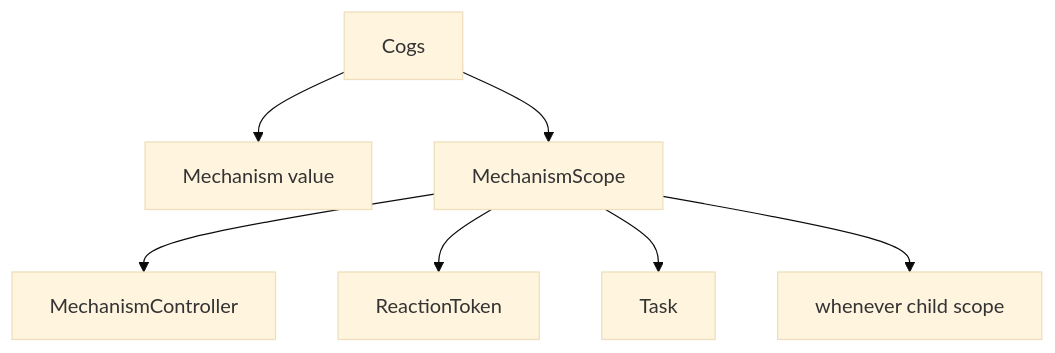
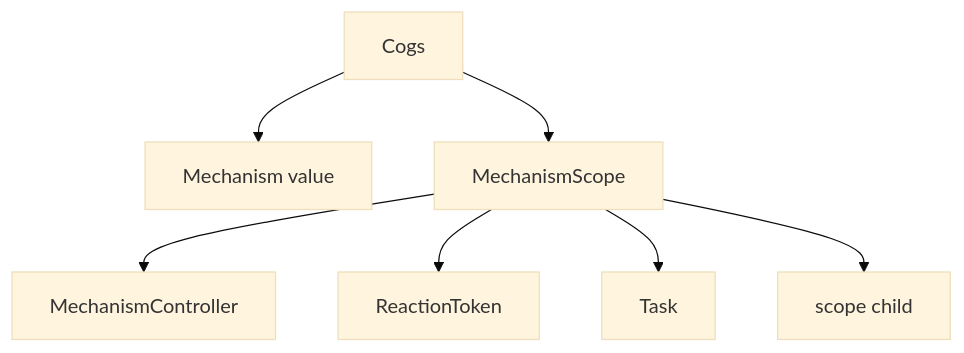
The fourth of 4 diagrams in docs/swift/impl/architecture/boundaries-and-effects.md (skeswa/cog), drawn with Mermaid (base theme) before and after one commit. The commit also changed other lines of this file and 59 other files, not shown here.

````diff
--- a/docs/swift/impl/architecture/boundaries-and-effects.md
+++ b/docs/swift/impl/architecture/boundaries-and-effects.md
@@ -200,16 +200,16 @@
 ```mermaid
 flowchart TB
   cogs[Cogs]
   mechanism[Mechanism value]
   scope[MechanismScope]
   controller[MechanismController]
   token[ReactionToken]
   task[Task]
-  child[whenever child scope]
+  child[scope child]
   cogs --> mechanism
   cogs --> scope
   scope --> controller
   scope --> token
   scope --> task
   scope --> child
 ```
````
